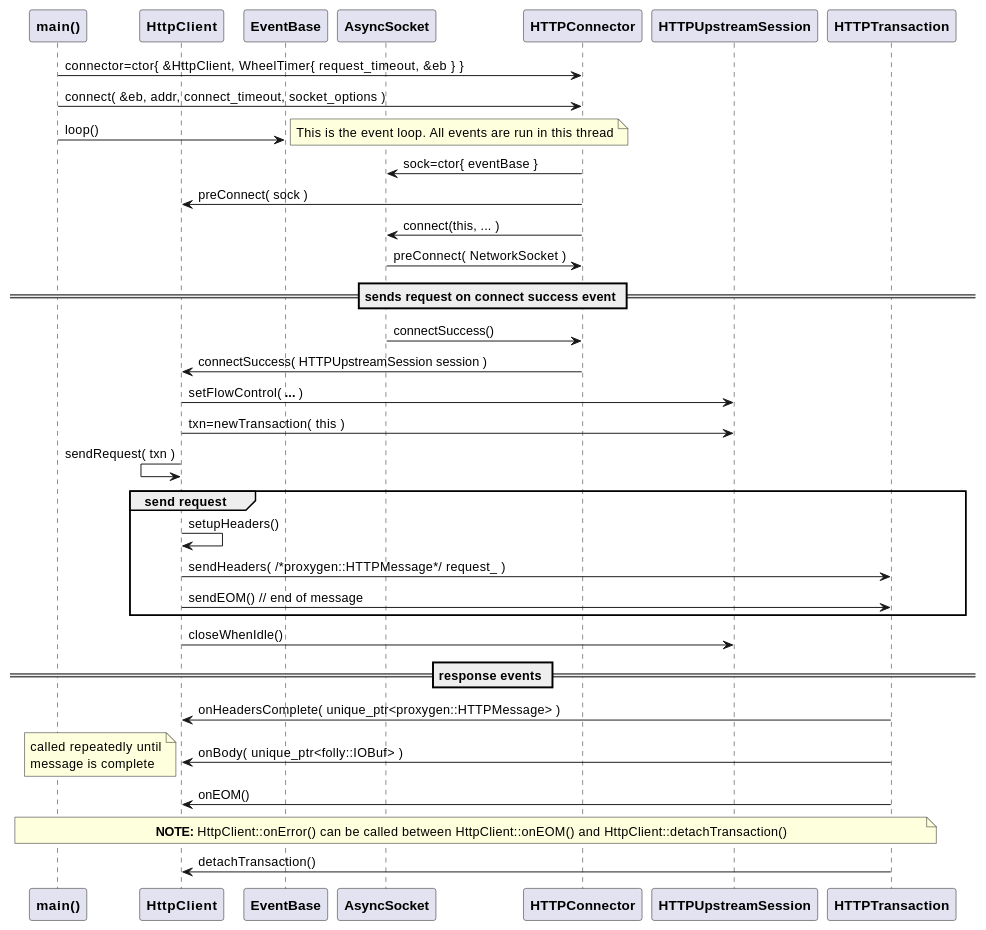
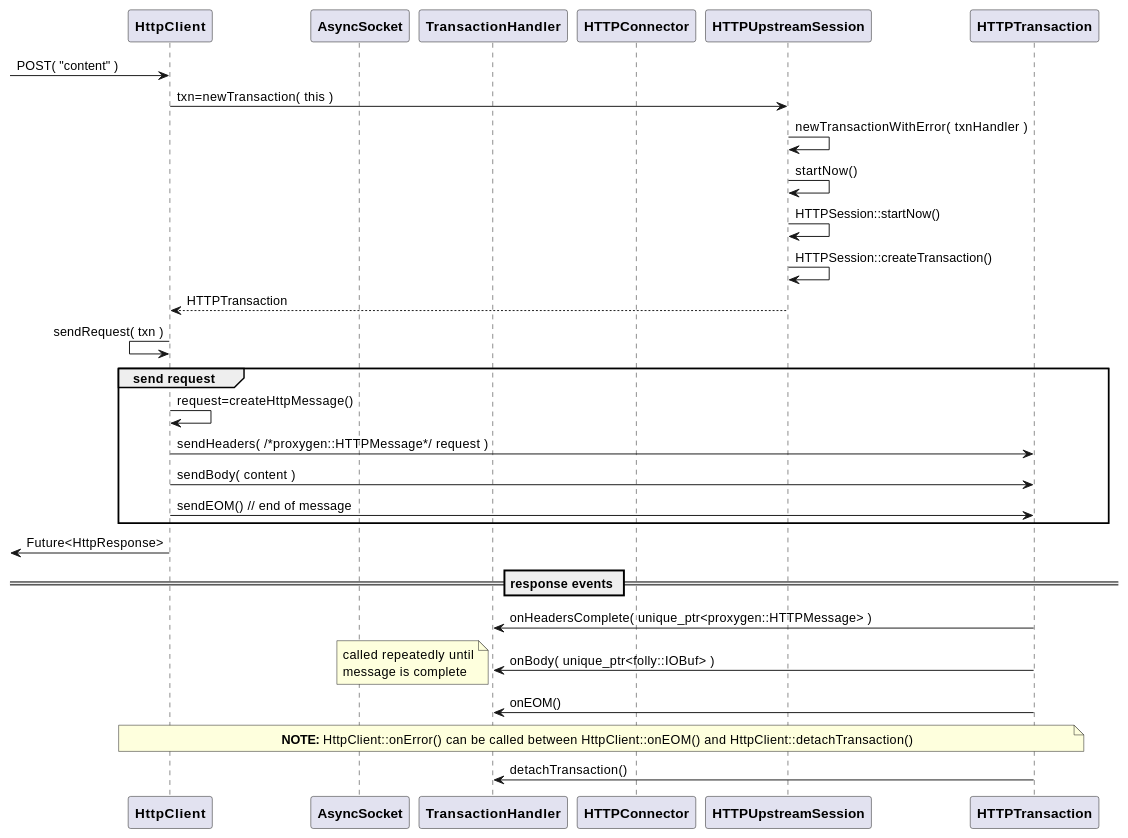
Before and after one commit to patrickhallinan/hello-proxygen: the third of 4 diagrams in doc/http-client.adoc, drawn with PlantUML. The commit also changed other lines of this file and 6 other files, not shown here.

```diff
--- a/doc/http-client.adoc
+++ b/doc/http-client.adoc
@@ -218,58 +123,48 @@
-[plantuml, "http-get.puml", svg]
+[plantuml, "http-client-get.puml", svg]
 ----
 
-participant "**main()**" as main
 participant "**HttpClient**" as HttpClient
-participant "**EventBase**" as EventBase
 participant "**AsyncSocket**" as AsyncSocket
+participant "**TransactionHandler**" as TransactionHandler
 participant "**HTTPConnector**" as HTTPConnector
 participant "**HTTPUpstreamSession**" as HTTPUpstreamSession
 participant "**HTTPTransaction**" as HTTPTransaction
 
 
-main -> HTTPConnector : connector=ctor{ &HttpClient, WheelTimer{ request_timeout, &eb } }
-main -> HTTPConnector : connect( &eb, addr, connect_timeout, socket_options )
-main -> EventBase : loop()
-note right
-  This is the event loop. All events are run in this thread
-end note
+-> HttpClient : POST( "content" )
+HttpClient -> HTTPUpstreamSession : txn=newTransaction( this )
+HTTPUpstreamSession -> HTTPUpstreamSession : newTransactionWithError( txnHandler )
+HTTPUpstreamSession -> HTTPUpstreamSession : startNow()
+HTTPUpstreamSession -> HTTPUpstreamSession : HTTPSession::startNow()    
+HTTPUpstreamSession -> HTTPUpstreamSession : HTTPSession::createTransaction()
+HTTPUpstreamSession --> HttpClient : HTTPTransaction
 
-HTTPConnector -> AsyncSocket : sock=ctor{ eventBase }
-HTTPConnector -> HttpClient : preConnect( sock )
-HTTPConnector -> AsyncSocket : connect(this, ... )
-AsyncSocket -> HTTPConnector : preConnect( NetworkSocket )
-
-== sends request on connect success event ==
-
-AsyncSocket -> HTTPConnector : connectSuccess()
-HTTPConnector -> HttpClient : connectSuccess( HTTPUpstreamSession session )
-
-HttpClient -> HTTPUpstreamSession : setFlowControl( **...** )
-HttpClient -> HTTPUpstreamSession : txn=newTransaction( this )
 HttpClient <- HttpClient : sendRequest( txn )
 
 group send request
-    HttpClient -> HttpClient : setupHeaders()
-    HttpClient -> HTTPTransaction : sendHeaders( /*proxygen::HTTPMessage*/ request_ )
+    HttpClient -> HttpClient : request=createHttpMessage()
+    HttpClient -> HTTPTransaction : sendHeaders( /*proxygen::HTTPMessage*/ request )
+    HttpClient -> HTTPTransaction : sendBody( content )
     HttpClient -> HTTPTransaction : sendEOM() // end of message
 end group
 
-HttpClient -> HTTPUpstreamSession : closeWhenIdle()
+<- HttpClient : Future<HttpResponse>
+
 
 == response events ==
 
-HTTPTransaction -> HttpClient : onHeadersComplete( unique_ptr<proxygen::HTTPMessage> )
+HTTPTransaction -> TransactionHandler : onHeadersComplete( unique_ptr<proxygen::HTTPMessage> )
 
-HTTPTransaction -> HttpClient : onBody( unique_ptr<folly::IOBuf> )
+HTTPTransaction -> TransactionHandler : onBody( unique_ptr<folly::IOBuf> )
 note left
     called repeatedly until
     message is complete
 end note
 
-HTTPTransaction -> HttpClient : onEOM()
+HTTPTransaction -> TransactionHandler : onEOM()
 note across
     **NOTE:** HttpClient::onError() can be called between HttpClient::onEOM() and HttpClient::detachTransaction()
 end note
 
-HTTPTransaction -> HttpClient : detachTransaction()
+HTTPTransaction -> TransactionHandler : detachTransaction()
 ----
```
